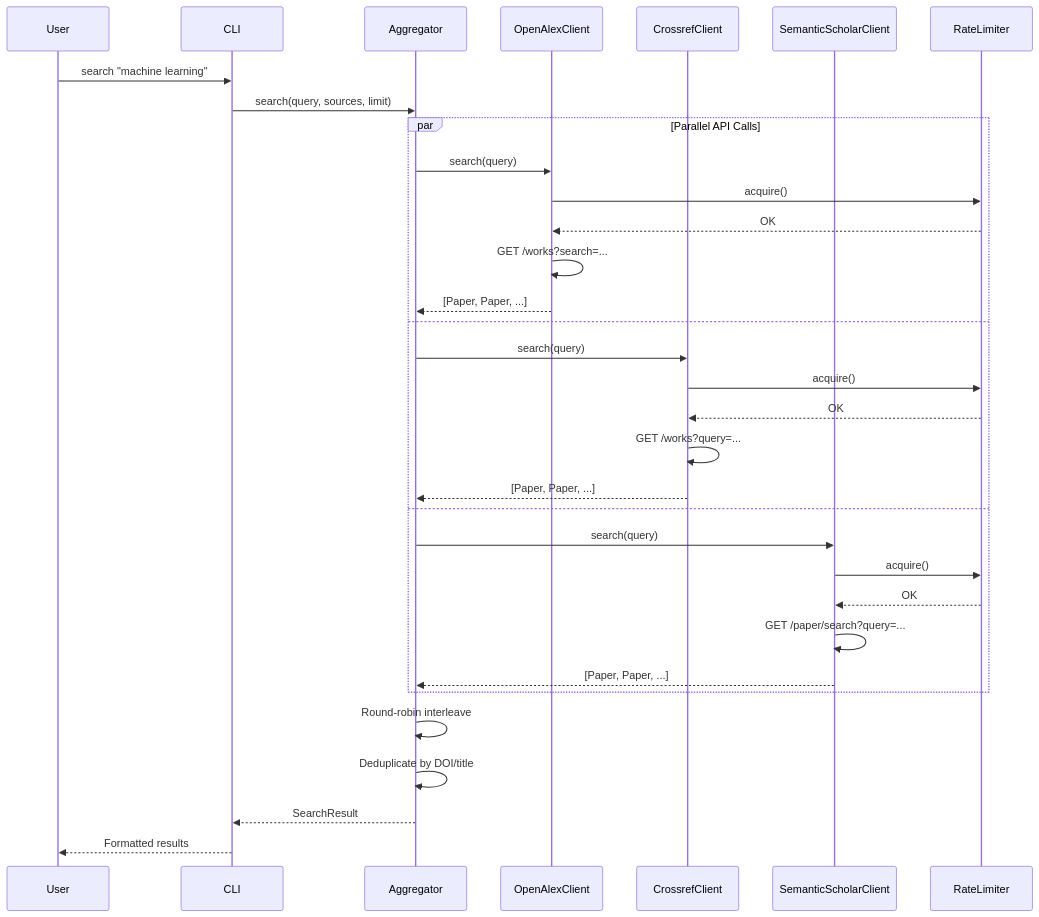
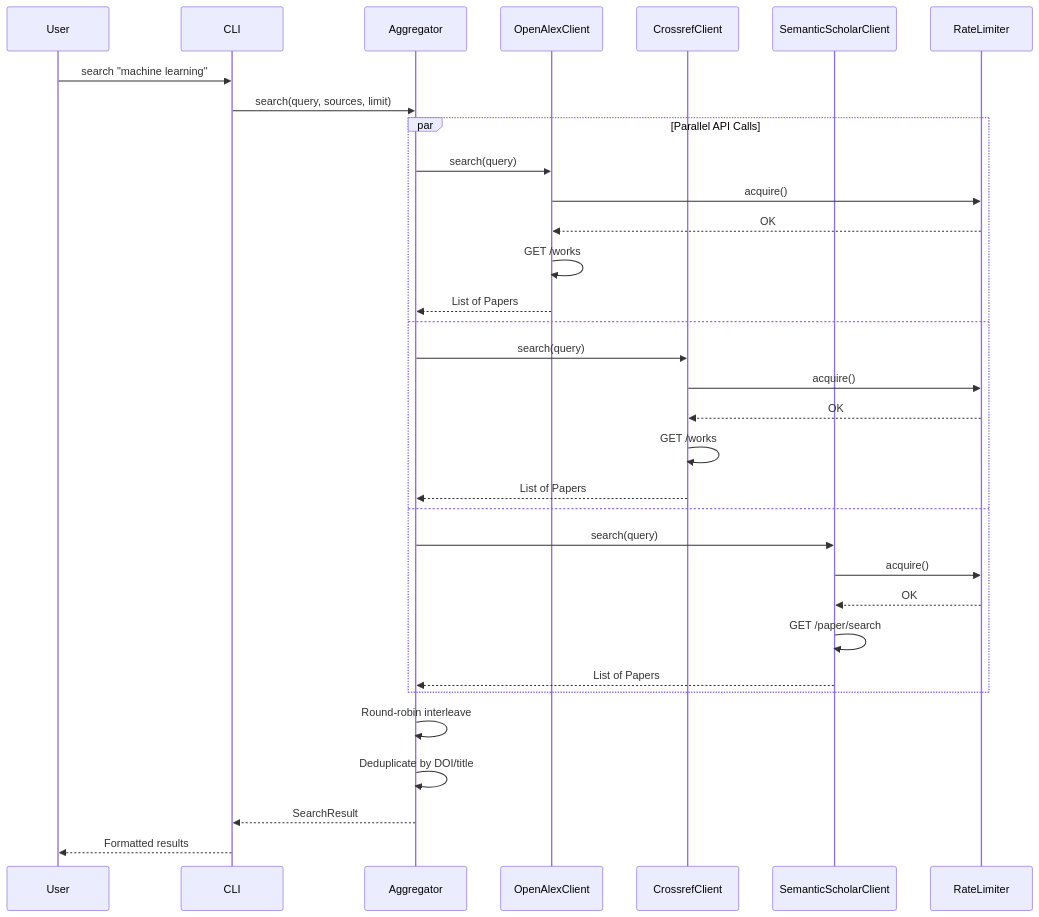
Before and after one commit to SteadfastAsArt/paper-ladder: the seventh of 15 diagrams in docs/ARCHITECTURE.md, drawn with Mermaid. The commit also changed other lines of this file, not shown here.

Commit message:
Fix Mermaid syntax for GitHub compatibility

````diff
--- a/docs/ARCHITECTURE.md
+++ b/docs/ARCHITECTURE.md
@@ -408,38 +398,38 @@
 ```mermaid
 sequenceDiagram
     participant U as User
     participant CLI as CLI
     participant AGG as Aggregator
     participant OA as OpenAlexClient
     participant CR as CrossrefClient
     participant SS as SemanticScholarClient
     participant RL as RateLimiter
 
     U->>CLI: search "machine learning"
     CLI->>AGG: search(query, sources, limit)
 
     par Parallel API Calls
         AGG->>OA: search(query)
         OA->>RL: acquire()
         RL-->>OA: OK
-        OA->>OA: GET /works?search=...
-        OA-->>AGG: [Paper, Paper, ...]
+        OA->>OA: GET /works
+        OA-->>AGG: List of Papers
     and
         AGG->>CR: search(query)
         CR->>RL: acquire()
         RL-->>CR: OK
-        CR->>CR: GET /works?query=...
-        CR-->>AGG: [Paper, Paper, ...]
+        CR->>CR: GET /works
+        CR-->>AGG: List of Papers
     and
         AGG->>SS: search(query)
         SS->>RL: acquire()
         RL-->>SS: OK
-        SS->>SS: GET /paper/search?query=...
-        SS-->>AGG: [Paper, Paper, ...]
+        SS->>SS: GET /paper/search
+        SS-->>AGG: List of Papers
     end
 
     AGG->>AGG: Round-robin interleave
     AGG->>AGG: Deduplicate by DOI/title
     AGG-->>CLI: SearchResult
     CLI-->>U: Formatted results
 ```
````
